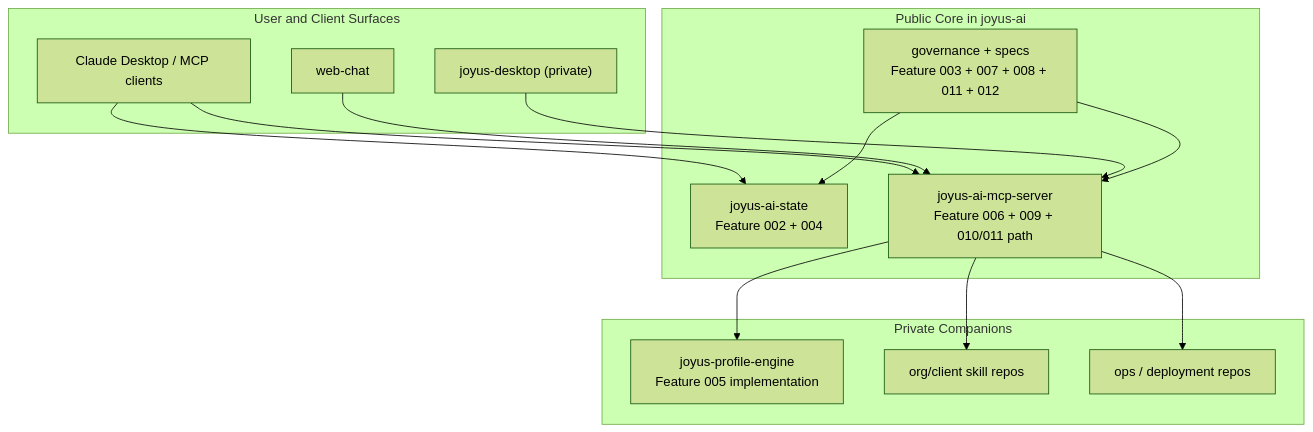
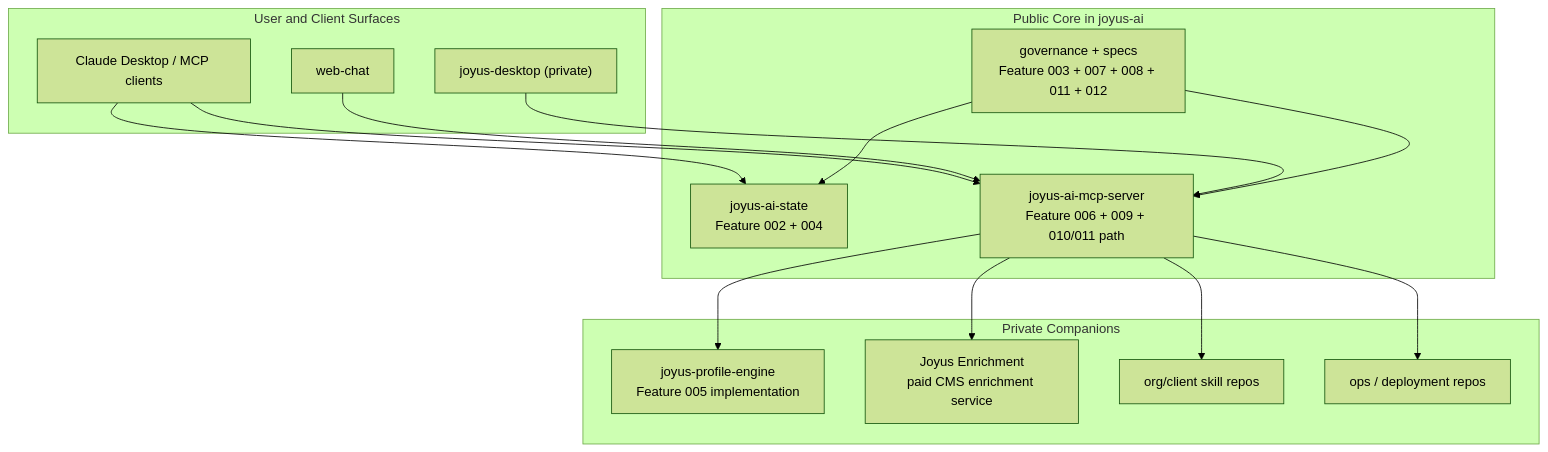
One commit to zivtech/joyus-ai changed the first of 2 diagrams in docs/public-platform-visual-explainer.md. Above: the diagram before and after it, drawn with Mermaid (forest theme). The commit also changed other lines of this file and 3 other files, not shown here.

Commit message:
docs: clarify Joyus Enrichment paid service boundary

````diff
--- a/docs/public-platform-visual-explainer.md
+++ b/docs/public-platform-visual-explainer.md
@@ -7,30 +7,32 @@
 ```mermaid
 flowchart TB
     subgraph Surfaces["User and Client Surfaces"]
         CD["Claude Desktop / MCP clients"]
         WC["web-chat"]
         JD["joyus-desktop (private)"]
     end
 
     subgraph Public["Public Core in joyus-ai"]
         STATE["joyus-ai-state<br/>Feature 002 + 004"]
         MCP["joyus-ai-mcp-server<br/>Feature 006 + 009 + 010/011 path"]
         GOV["governance + specs<br/>Feature 003 + 007 + 008 + 011 + 012"]
     end
 
     subgraph Private["Private Companions"]
         ENGINE["joyus-profile-engine<br/>Feature 005 implementation"]
+        ENRICH["Joyus Enrichment<br/>paid CMS enrichment service"]
         SKILLS["org/client skill repos"]
         OPS["ops / deployment repos"]
     end
 
     CD --> STATE
     CD --> MCP
     WC --> MCP
     JD --> MCP
     GOV --> STATE
     GOV --> MCP
     MCP --> ENGINE
+    MCP --> ENRICH
     MCP --> SKILLS
     MCP --> OPS
 ```
````
